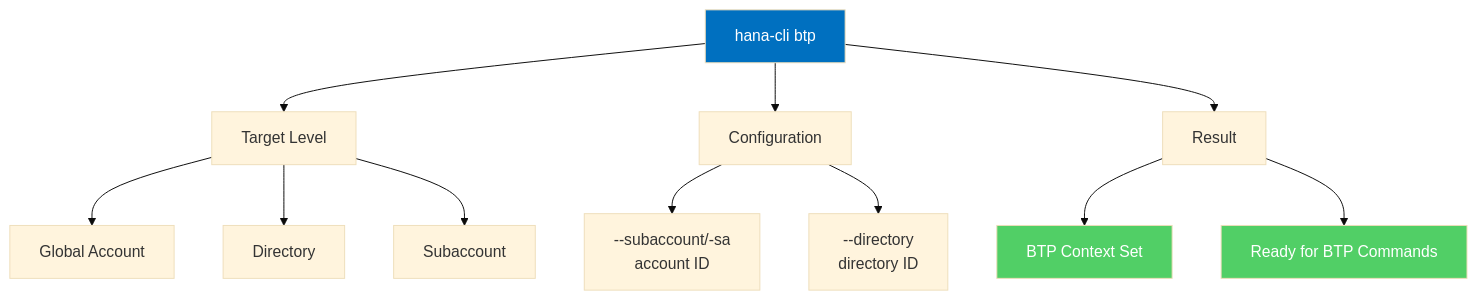
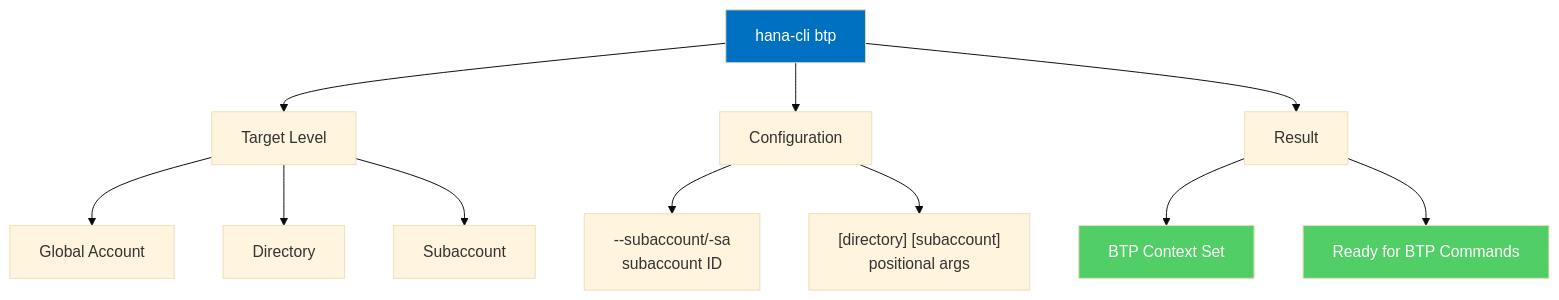
One commit to SAP-samples/hana-developer-cli-tool-example changed diagram 21 of 26 in docs/99-reference/command-reference.md. Above: the diagram before and after it, drawn with Mermaid (base theme). The commit also changed other lines of this file and 10 other files, not shown here.

````diff
--- a/docs/99-reference/command-reference.md
+++ b/docs/99-reference/command-reference.md
@@ -815,19 +821,19 @@
 ```mermaid
 graph TB
     A["hana-cli btp"] --> B["Target Level"]
     B --> B1["Global Account"]
     B --> B2["Directory"]
     B --> B3["Subaccount"]
     
     A --> C["Configuration"]
-    C --> C1["--subaccount/-sa<br/>account ID"]
-    C --> C2["--directory<br/>directory ID"]
+    C --> C1["--subaccount/-sa<br/>subaccount ID"]
+    C --> C2["[directory] [subaccount]<br/>positional args"]
     
     A --> D["Result"]
     D --> E["BTP Context Set"]
     D --> F["Ready for BTP Commands"]
     
     style A fill:#0070C0,color:#fff
     style E fill:#51CF66,color:#fff
     style F fill:#51CF66,color:#fff
 ```
````
